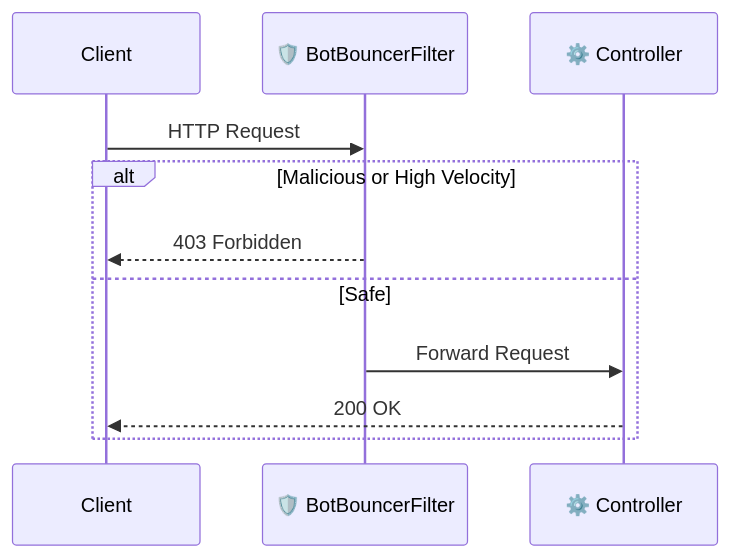
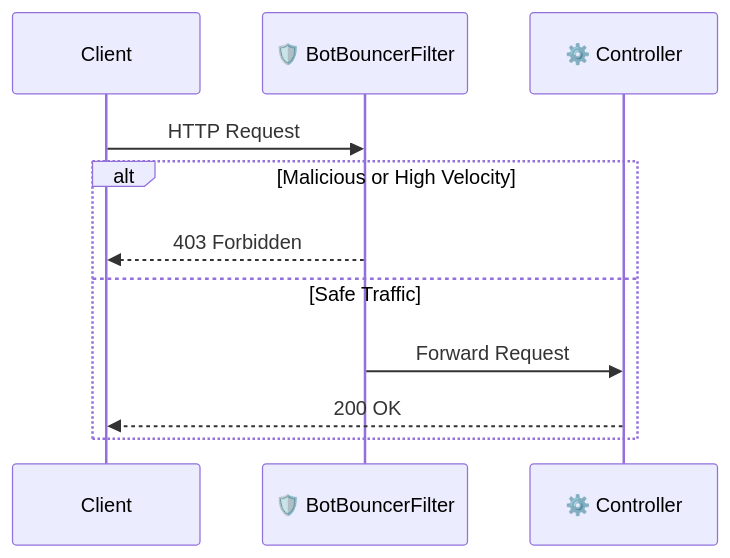
The diagram in README.md (ashutosh-stark/velocity-gate), drawn with Mermaid before and after one commit. The commit also changed other lines of this file, not shown here.

````diff
--- a/README.md
+++ b/README.md
@@ -105,15 +147,15 @@
 ```mermaid
 sequenceDiagram
     participant Client
     participant VelocityGate as 🛡️ BotBouncerFilter
     participant App as ⚙️ Controller
     
     Client->>VelocityGate: HTTP Request
     
     alt Malicious or High Velocity
         VelocityGate-->>Client: 403 Forbidden
-    else Safe
+    else Safe Traffic
         VelocityGate->>App: Forward Request
         App-->>Client: 200 OK
     end
 ```
````
